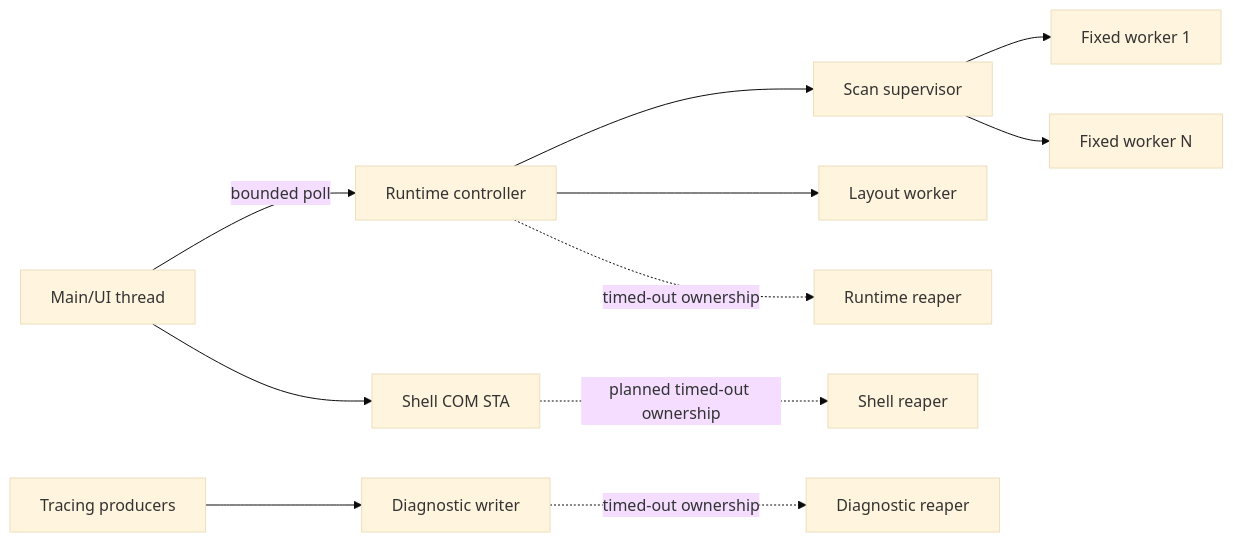
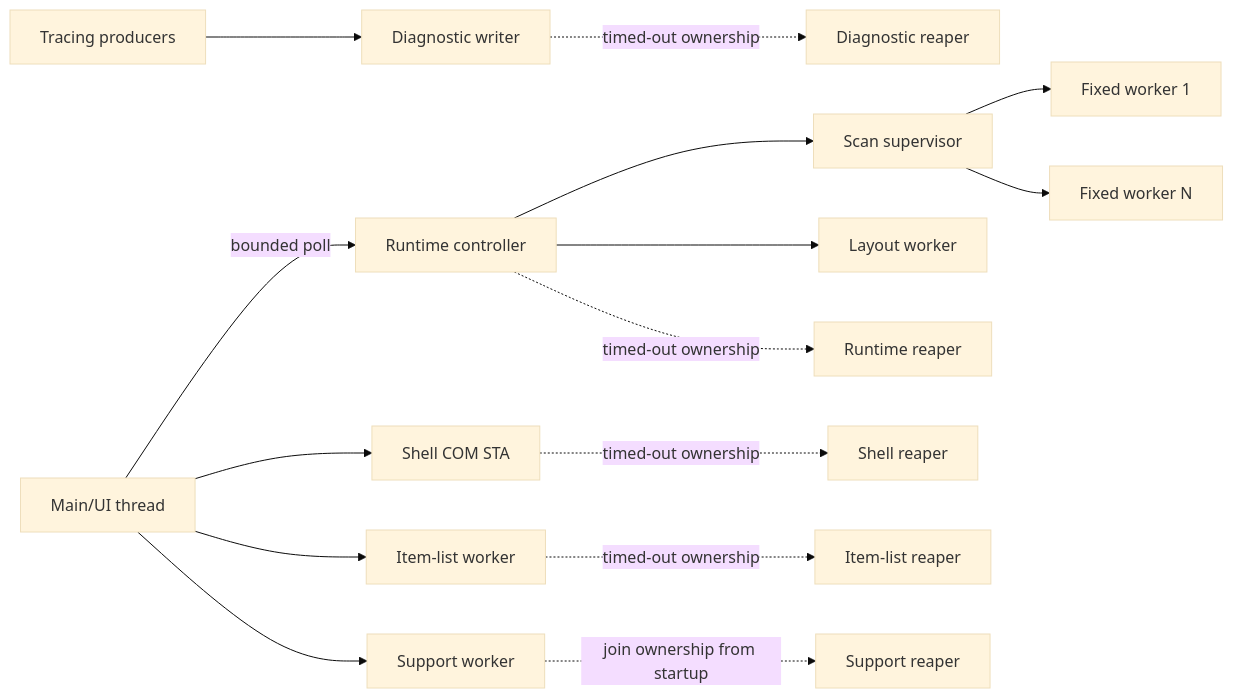
Before and after one commit to Luexi/diskpie: the fifth of 5 diagrams in docs/architecture.md, drawn with Mermaid (base theme). The commit also changed other lines of this file and 219 other files, not shown here.

````diff
--- a/docs/architecture.md
+++ b/docs/architecture.md
@@ -589,13 +723,17 @@
 ```mermaid
 flowchart LR
     UI["Main/UI thread"] -->|bounded poll| RT["Runtime controller"]
     RT --> SUP["Scan supervisor"]
     SUP --> W1["Fixed worker 1"]
     SUP --> WN["Fixed worker N"]
     RT --> LW["Layout worker"]
     UI --> STA["Shell COM STA"]
+    UI --> IL["Item-list worker"]
+    UI --> SW["Support worker"]
     DIAG["Tracing producers"] --> DW["Diagnostic writer"]
     RT -. timed-out ownership .-> RR["Runtime reaper"]
     DW -. timed-out ownership .-> DR["Diagnostic reaper"]
-    STA -. planned timed-out ownership .-> SR["Shell reaper"]
+    STA -. timed-out ownership .-> SR["Shell reaper"]
+    IL -. timed-out ownership .-> IR["Item-list reaper"]
+    SW -. join ownership from startup .-> UR["Support reaper"]
 ```
````
